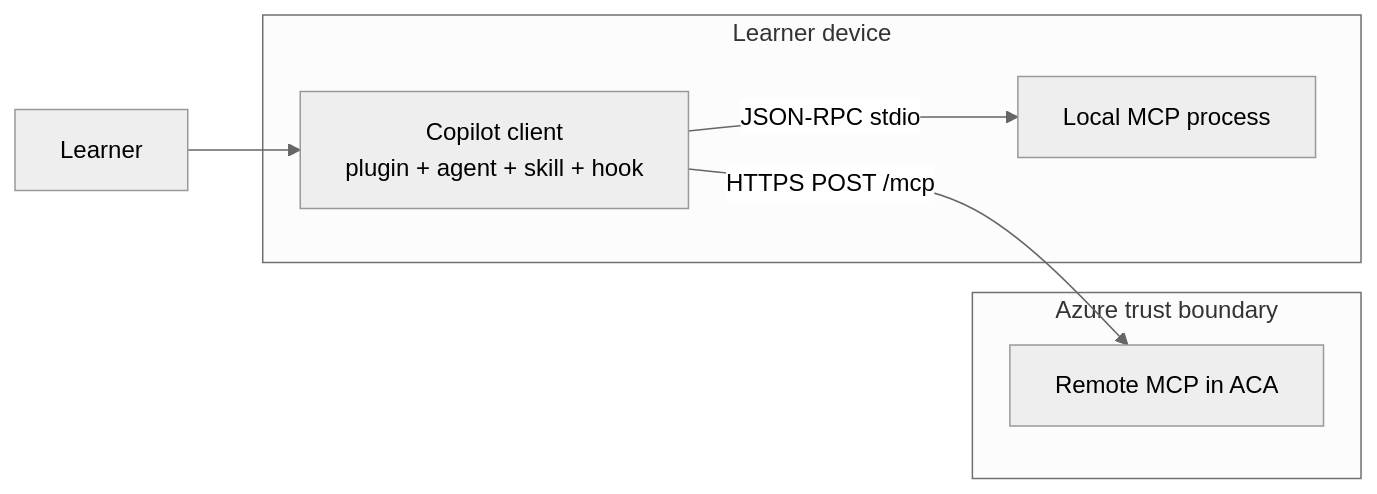
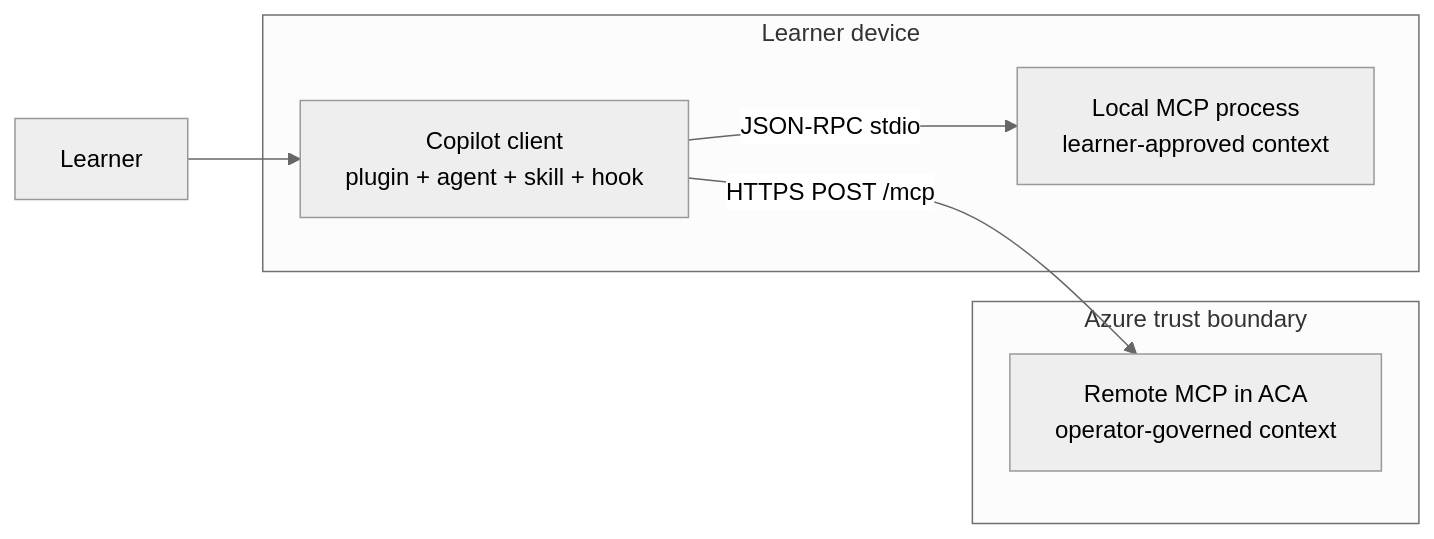
One commit to diberry/copilot-mcp-local-remote-lab changed the first of 4 diagrams in docs/architecture.md. Above: the diagram before and after it, drawn with Mermaid (neutral theme). The commit also changed other lines of this file and 22 other files, not shown here.

First line of the commit message:
feat: add MCP context responsibility study

````diff
--- a/docs/architecture.md
+++ b/docs/architecture.md
@@ -7,13 +10,13 @@
 ```mermaid
 flowchart LR
   U[Learner] --> C[Copilot client<br/>plugin + agent + skill + hook]
-  C -->|JSON-RPC stdio| L[Local MCP process]
-  C -->|HTTPS POST /mcp| R[Remote MCP in ACA]
+  C -->|JSON-RPC stdio| L[Local MCP process<br/>learner-approved context]
+  C -->|HTTPS POST /mcp| R[Remote MCP in ACA<br/>operator-governed context]
   subgraph Device[Learner device]
     C
     L
   end
   subgraph Azure[Azure trust boundary]
     R
   end
 ```
````
